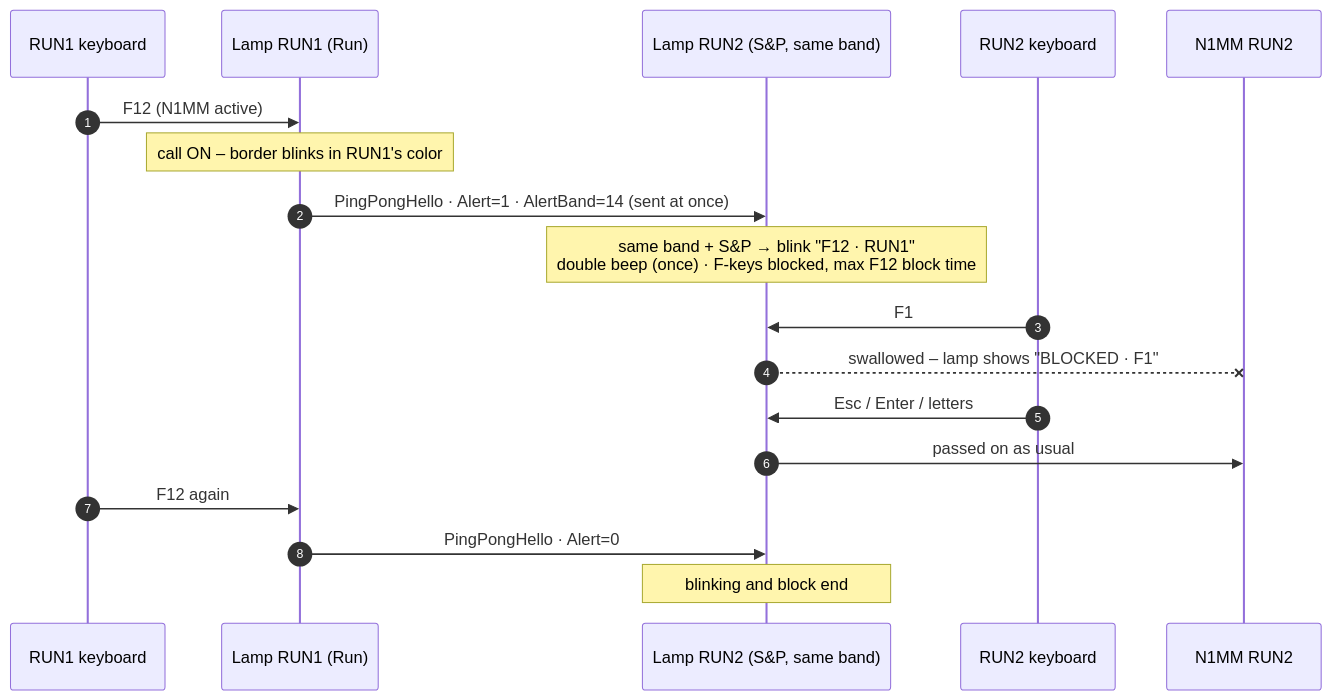
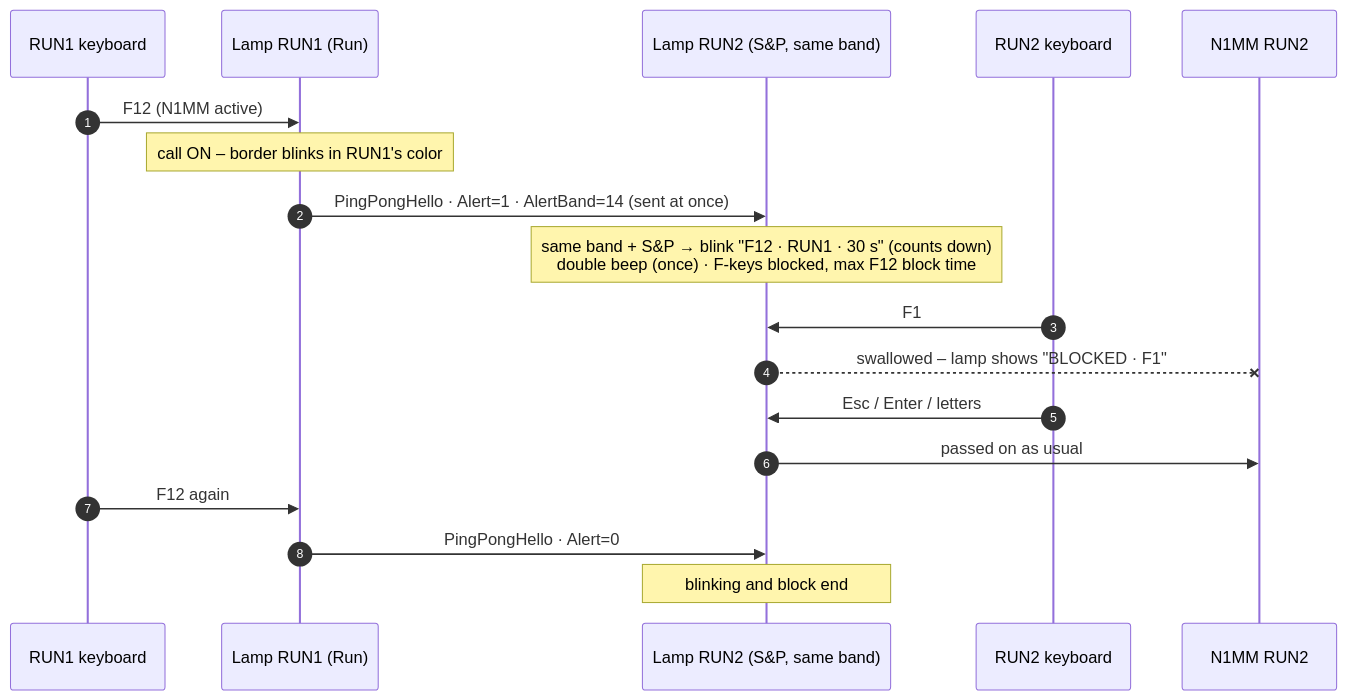
One commit to s55oo/N1MMPingPong changed the third of 7 diagrams in docs/COMMUNICATION.md. Above: the diagram before and after it, drawn with Mermaid. The commit also changed other lines of this file and 4 other files, not shown here.

````diff
--- a/docs/COMMUNICATION.md
+++ b/docs/COMMUNICATION.md
@@ -156,21 +156,21 @@
 ```mermaid
 sequenceDiagram
     autonumber
     participant K1 as RUN1 keyboard
     participant L1 as Lamp RUN1 (Run)
     participant L2 as Lamp RUN2 (S&P, same band)
     participant K2 as RUN2 keyboard
     participant N2 as N1MM RUN2
 
     K1->>L1: F12 (N1MM active)
     Note over L1: call ON – border blinks in RUN1's color
     L1->>L2: PingPongHello · Alert=1 · AlertBand=14 (sent at once)
-    Note over L2: same band + S&P → blink "F12 · RUN1"<br/>double beep (once) · F-keys blocked, max F12 block time
+    Note over L2: same band + S&P → blink "F12 · RUN1 · 30 s" (counts down)<br/>double beep (once) · F-keys blocked, max F12 block time
     K2->>L2: F1
     L2--xN2: swallowed – lamp shows "BLOCKED · F1"
     K2->>L2: Esc / Enter / letters
     L2->>N2: passed on as usual
     K1->>L1: F12 again
     L1->>L2: PingPongHello · Alert=0
     Note over L2: blinking and block end
 ```
````
